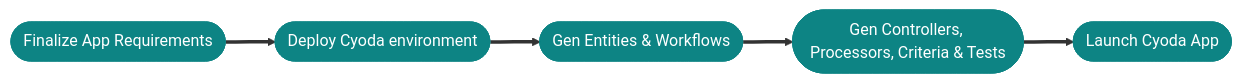
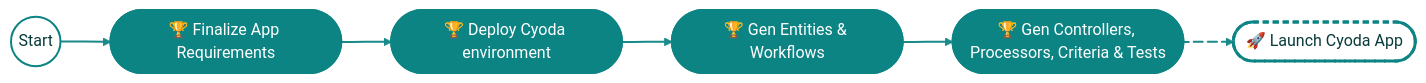
Before and after one commit to Cyoda-platform/ai-assistant: the diagram in workflow_configs/messages/ask_to_confirm_migration_208e/message.md, drawn with Mermaid. The commit also changed other lines of this file and 24 other files, not shown here.

````diff
--- a/workflow_configs/messages/ask_to_confirm_migration_208e/message.md
+++ b/workflow_configs/messages/ask_to_confirm_migration_208e/message.md
@@ -5,10 +3,21 @@
 ```mermaid
+%%{init: {'theme':'base','themeVariables':{
+  'primaryColor':'#ECF8F8','primaryTextColor':'#083A3A','primaryBorderColor':'#0D8484',
+  'lineColor':'#0D8484','fontFamily':'Inter, Arial, sans-serif','edgeLabelBackground':'#FFFFFF'
+}}}%%
 graph LR
-    A([Finalize App Requirements]):::done e1@
-    ==> B([Deploy Cyoda environment]):::done e2@
-    ==> C([Gen Entities & Workflows]):::done e3@
-    ==> D([Gen Controllers, Processors, Criteria & Tests]):::done e4@
-    ==> E([Launch Cyoda App]):::done
+    S((Start)):::start ==> A([🏆 Finalize App Requirements]):::done
+    A e1@ ==> B([🏆 Deploy Cyoda environment]):::done
+    B e2@ ==> C([🏆 Gen Entities & Workflows]):::done
+    C e3@ ==> D([🏆 Gen Controllers, Processors, Criteria & Tests]):::done
+    D e4@ ==> E([🚀 Launch Cyoda App]):::next
 
-    classDef done fill:#0D8484,stroke:#0D8484,color:#fff
+    %% animate handoff to next step (E)
+    e4@{ animate: true }
+
+    classDef start fill:#FFFFFF,stroke:#0D8484,stroke-width:2px,color:#083A3A
+    classDef bar   fill:#ECF8F8,stroke:#0D8484,stroke-width:2px,rx:12,ry:12,color:#083A3A
+    classDef done  fill:#0D8484,stroke:#0D8484,stroke-width:2px,rx:12,ry:12,color:#FFFFFF
+    classDef next  fill:#FFFFFF,stroke:#0D8484,stroke-width:3px,stroke-dasharray:6 4,rx:12,ry:12,color:#083A3A
+    linkStyle default stroke:#0D8484,stroke-width:2px,opacity:0.95
 ```
````
